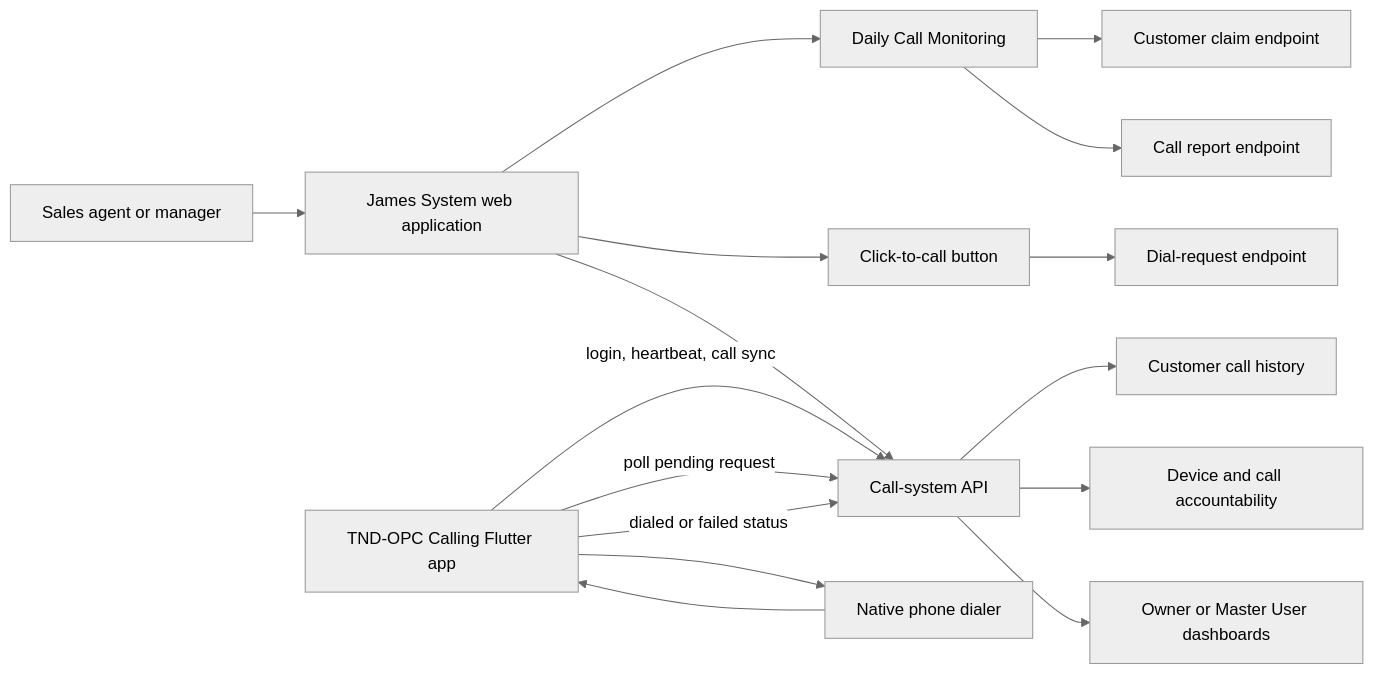
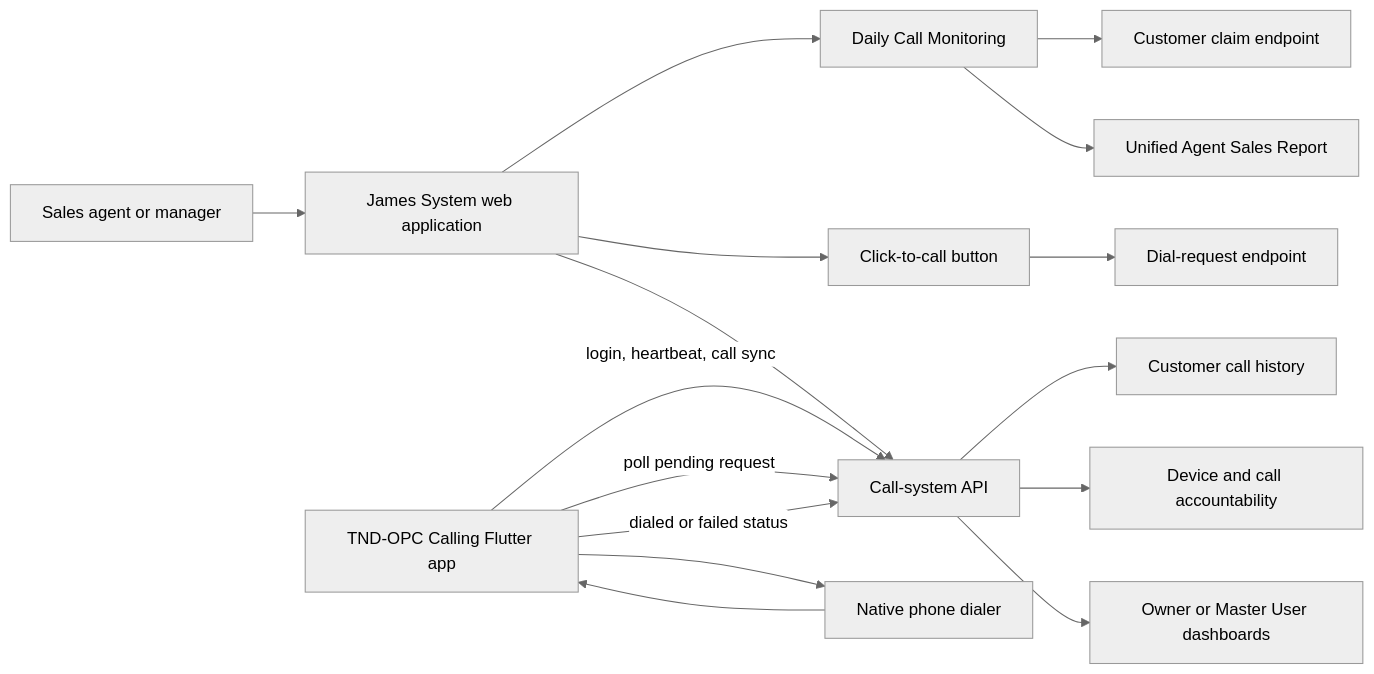
The diagram in docs/calling_solution.md (T-REXX9/james-newsystem-local), drawn with Mermaid (neutral theme) before and after one commit. The commit also changed other lines of this file and 29 other files, not shown here.

````diff
--- a/docs/calling_solution.md
+++ b/docs/calling_solution.md
@@ -43,18 +43,18 @@
 ```mermaid
 flowchart LR
     Agent[Sales agent or manager] --> Web[James System web application]
     Web --> Daily[Daily Call Monitoring]
     Web --> Click[Click-to-call button]
     Daily --> Claim[Customer claim endpoint]
-    Daily --> Report[Call report endpoint]
+    Daily --> Report[Unified Agent Sales Report]
     Click --> Queue[Dial-request endpoint]
     Web --> API[Call-system API]
     Phone[TND-OPC Calling Flutter app] -->|login, heartbeat, call sync| API
     Phone -->|poll pending request| API
     Phone --> Dialer[Native phone dialer]
     Dialer --> Phone
     Phone -->|dialed or failed status| API
     API --> History[Customer call history]
     API --> Accountability[Device and call accountability]
     API --> Owner[Owner or Master User dashboards]
 ```
````
